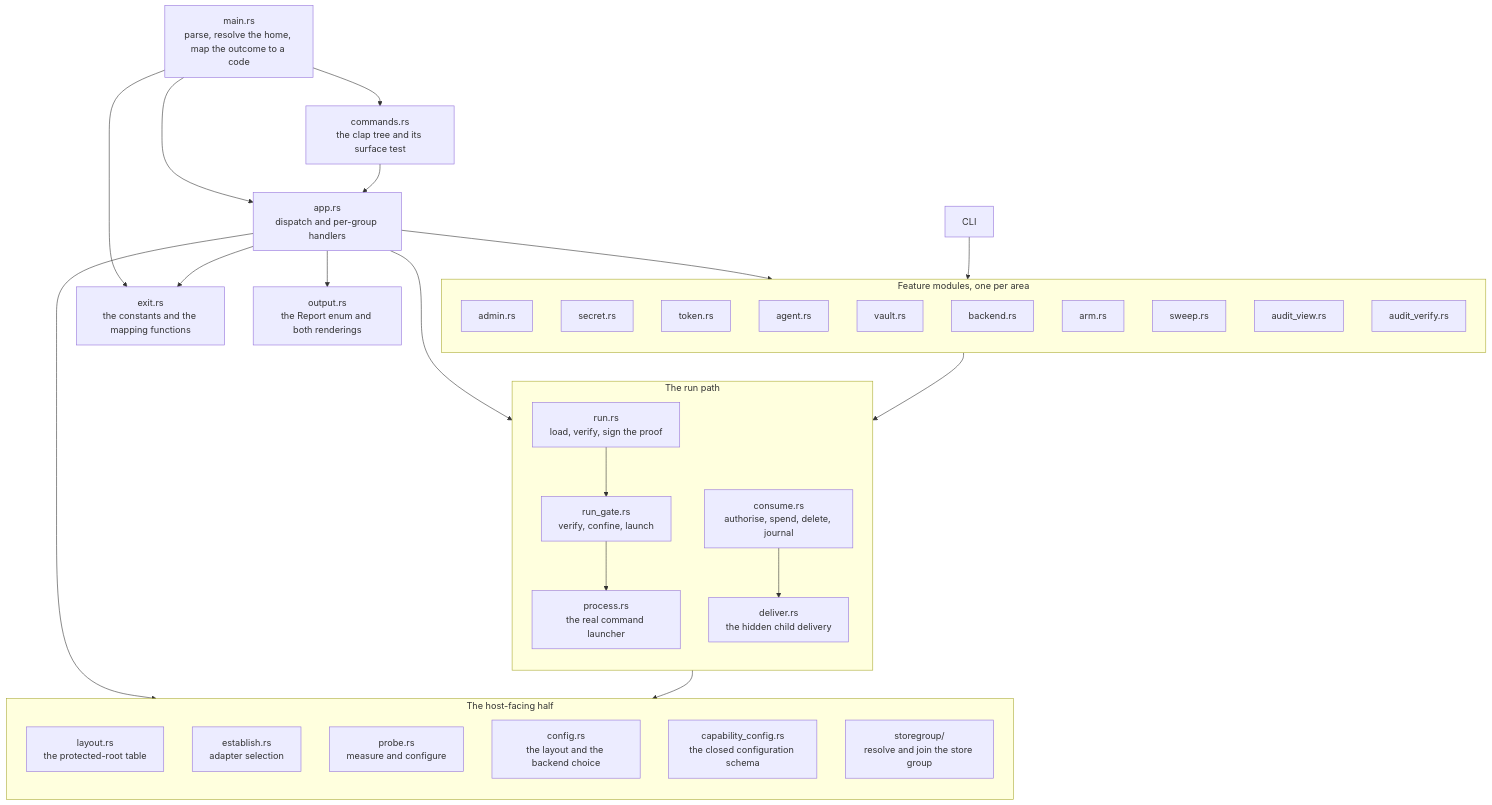
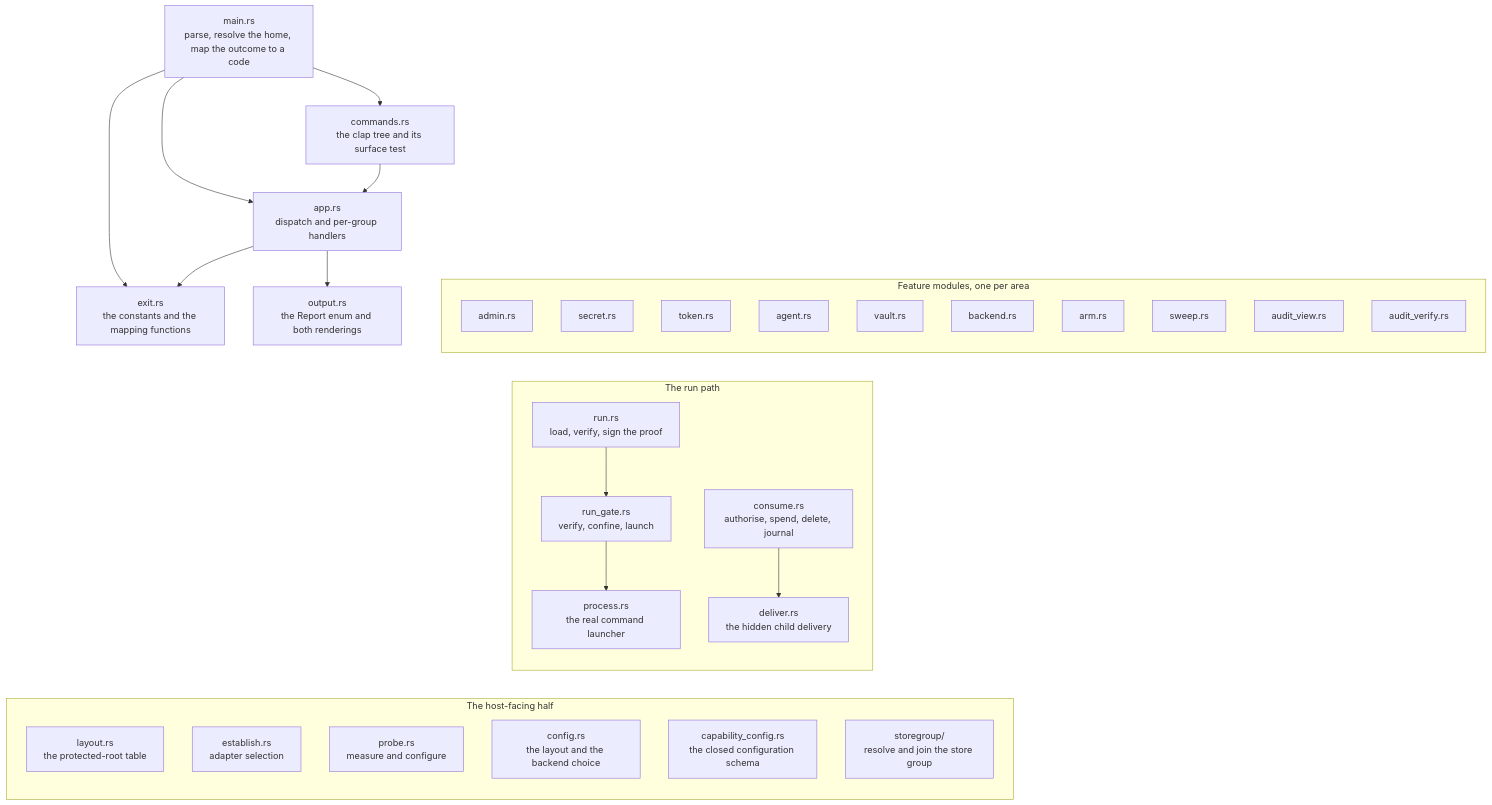
The first of 5 diagrams in site/docs/components/ksp-cli.md (bruj0/keyspout), drawn with Mermaid before and after one commit. The commit also changed other lines of this file and 20 other files, not shown here.

First line of the commit message:
feat(site): pan and zoom the diagrams, and stack them by measurement

````diff
--- a/site/docs/components/ksp-cli.md
+++ b/site/docs/components/ksp-cli.md
@@ -39,58 +39,57 @@
 ```mermaid
 graph TB
   MAIN["main.rs<br/>parse, resolve the home, map the outcome to a code"]
   COMMANDS["commands.rs<br/>the clap tree and its surface test"]
   APP["app.rs<br/>dispatch and per-group handlers"]
   EXIT["exit.rs<br/>the constants and the mapping functions"]
 
   subgraph Feature["Feature modules, one per area"]
       direction TB
     ADMIN["admin.rs"]
     SECRET["secret.rs"]
     TOKEN["token.rs"]
     AGENT["agent.rs"]
     VAULT["vault.rs"]
     BACKEND["backend.rs"]
     ARM["arm.rs"]
     SWEEP["sweep.rs"]
     AUDITV["audit_view.rs"]
     AUDITV2["audit_verify.rs"]
   end
 
   subgraph Runpath["The run path"]
       direction TB
     RUN["run.rs<br/>load, verify, sign the proof"]
     GATE["run_gate.rs<br/>verify, confine, launch"]
     CONSUME["consume.rs<br/>authorise, spend, delete, journal"]
     DELIVER["deliver.rs<br/>the hidden child delivery"]
     PROCESS["process.rs<br/>the real command launcher"]
   end
 
   subgraph Host["The host-facing half"]
       direction TB
     LAYOUT["layout.rs<br/>the protected-root table"]
     ESTABLISH["establish.rs<br/>adapter selection"]
     PROBE["probe.rs<br/>measure and configure"]
     CONFIG["config.rs<br/>the layout and the backend choice"]
     CAPCFG["capability_config.rs<br/>the closed configuration schema"]
     STOREGRP["storegroup/<br/>resolve and join the store group"]
   end
 
   OUTPUT["output.rs<br/>the Report enum and both renderings"]
 
   MAIN --> COMMANDS
   MAIN --> APP
   MAIN --> EXIT
   COMMANDS --> APP
   APP --> EXIT
   APP --> OUTPUT
-  APP --> Feature
-  APP --> Runpath
-  APP --> Host
+  APP ~~~ Feature
+  APP ~~~ Runpath
+  APP ~~~ Host
   RUN --> GATE
   GATE --> PROCESS
   CONSUME --> DELIVER
-  CLI --> Feature
-  Feature --> Runpath
-  Runpath --> Host
+  Feature ~~~ Runpath
+  Runpath ~~~ Host
 ```
````
